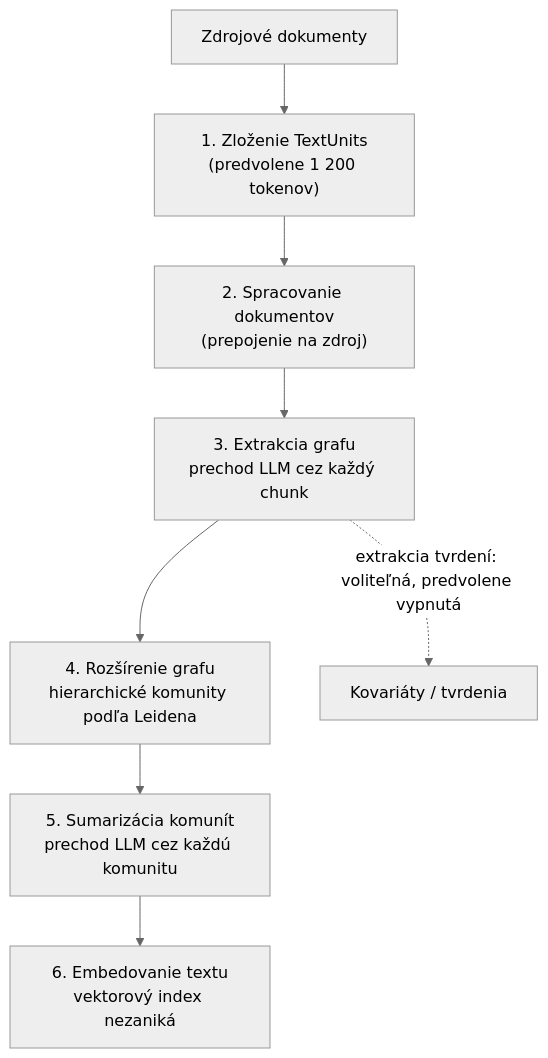
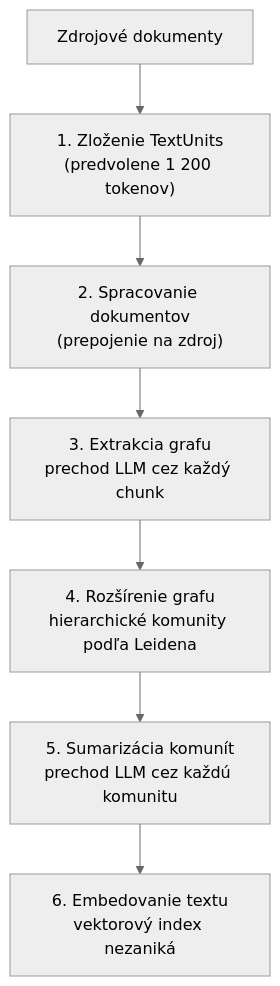
One commit to NikolaiSachok/ai-engineering-handbook changed the diagram in i18n/sk/docusaurus-plugin-content-docs/current/part-1-rag/structured-knowledge/deep-dive.md. Above: the diagram before and after it, drawn with Mermaid (neutral theme). The commit also changed 3 other files, not shown here.

First line of the commit message:
fix(diagrams): the pipeline diagram still clipped on a phone — drop the redundant side branch

````diff
--- a/i18n/sk/docusaurus-plugin-content-docs/current/part-1-rag/structured-knowledge/deep-dive.md
+++ b/i18n/sk/docusaurus-plugin-content-docs/current/part-1-rag/structured-knowledge/deep-dive.md
@@ -36,10 +36,9 @@
 ```mermaid
 flowchart TB
     D["Zdrojové dokumenty"] --> P1["1. Zloženie TextUnits<br/>(predvolene 1 200 tokenov)"]
     P1 --> P2["2. Spracovanie dokumentov<br/>(prepojenie na zdroj)"]
     P2 --> P3["3. Extrakcia grafu<br/>prechod LLM cez každý chunk"]
     P3 --> P4["4. Rozšírenie grafu<br/>hierarchické komunity podľa Leidena"]
     P4 --> P5["5. Sumarizácia komunít<br/>prechod LLM cez každú komunitu"]
     P5 --> P6["6. Embedovanie textu<br/>vektorový index nezaniká"]
-    P3 -.->|"extrakcia tvrdení: voliteľná, predvolene vypnutá"| CL["Kovariáty / tvrdenia"]
 ```
````
